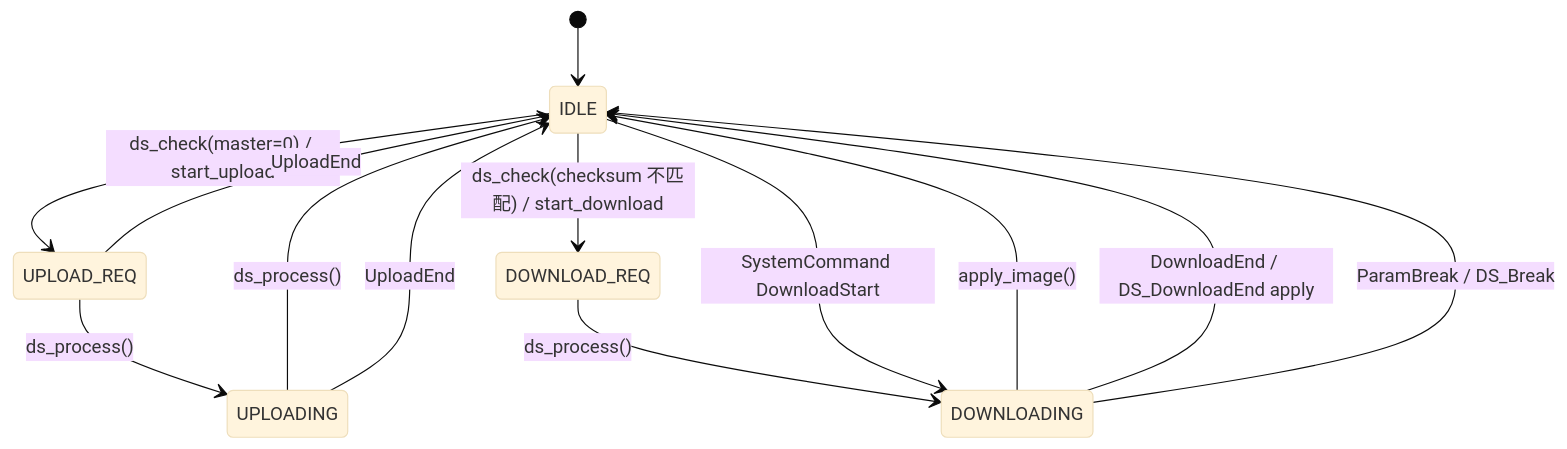
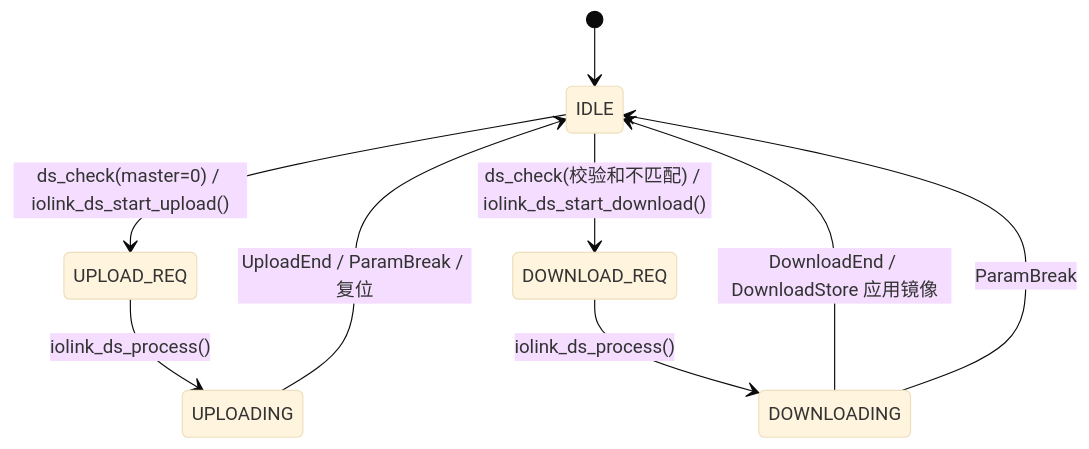
One commit to Adlyq/iolinki changed diagram 12 of 16 in docs/CODE_FLOW.md. Above: the diagram before and after it, drawn with Mermaid (base theme). The commit also changed other lines of this file and 7 other files, not shown here.

First line of the commit message:
docs: sync the API, architecture and flow docs with the post-CR code

````diff
--- a/docs/CODE_FLOW.md
+++ b/docs/CODE_FLOW.md
@@ -594,15 +674,11 @@
 ```mermaid
 stateDiagram-v2
     [*] --> IDLE
-    IDLE --> UPLOAD_REQ: ds_check(master=0) / start_upload
-    UPLOAD_REQ --> UPLOADING: ds_process()
-    UPLOADING --> IDLE: ds_process()
-    IDLE --> DOWNLOAD_REQ: ds_check(checksum 不匹配) / start_download
-    DOWNLOAD_REQ --> DOWNLOADING: ds_process()
-    DOWNLOADING --> IDLE: apply_image()
-    IDLE --> DOWNLOADING: SystemCommand DownloadStart
-    DOWNLOADING --> IDLE: DownloadEnd / DS_DownloadEnd apply
-    UPLOAD_REQ --> IDLE: UploadEnd
-    UPLOADING --> IDLE: UploadEnd
-    DOWNLOADING --> IDLE: ParamBreak / DS_Break
+    IDLE --> UPLOAD_REQ: ds_check(master=0) / iolink_ds_start_upload()
+    UPLOAD_REQ --> UPLOADING: iolink_ds_process()
+    UPLOADING --> IDLE: UploadEnd / ParamBreak / 复位
+    IDLE --> DOWNLOAD_REQ: ds_check(校验和不匹配) / iolink_ds_start_download()
+    DOWNLOAD_REQ --> DOWNLOADING: iolink_ds_process()
+    DOWNLOADING --> IDLE: DownloadEnd / DownloadStore 应用镜像
+    DOWNLOADING --> IDLE: ParamBreak
 ```
````
